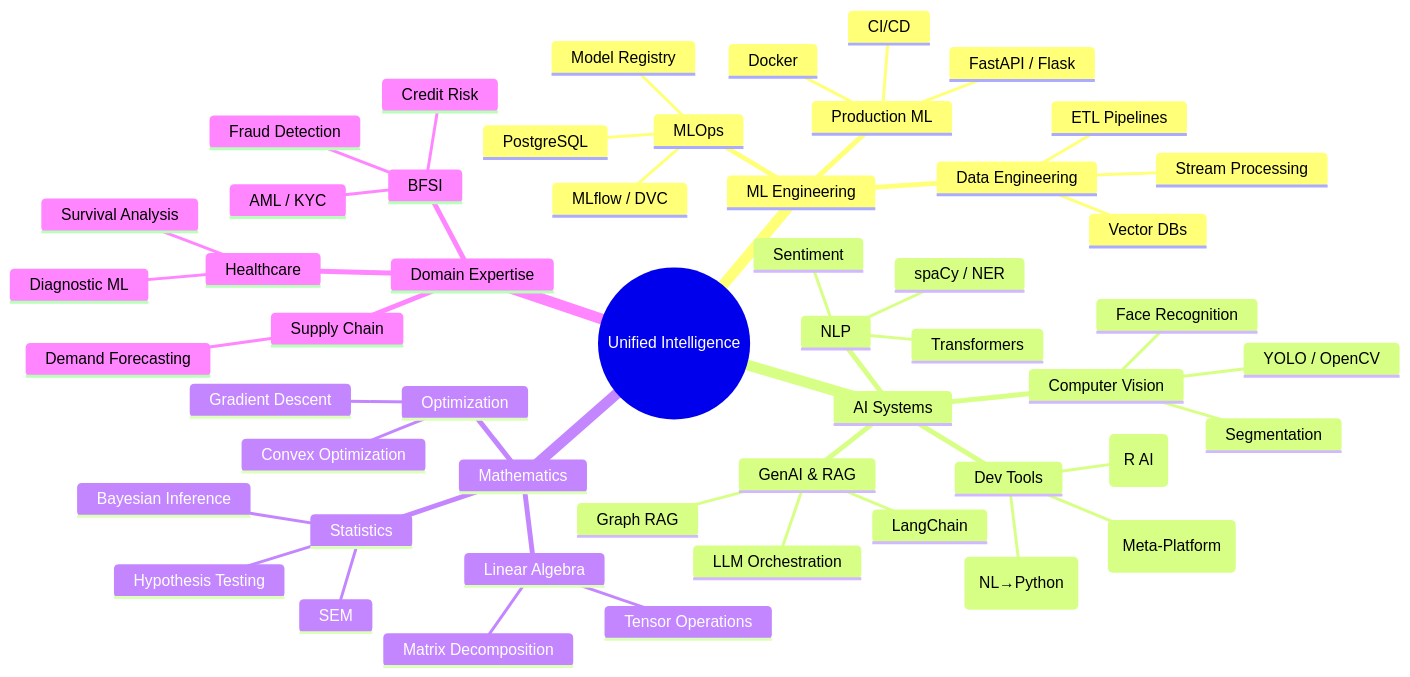
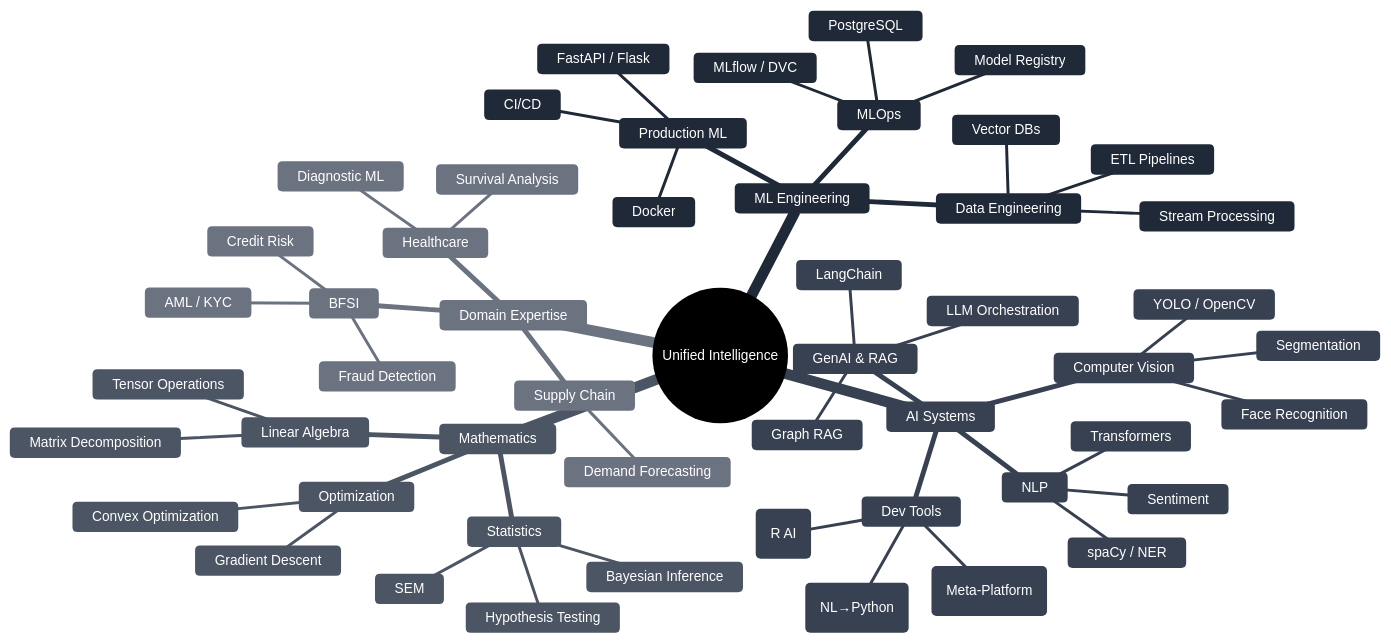
The diagram in README.md (twomathematicians-code/twomathematicians-code), drawn with Mermaid before and after one commit. The commit also changed 1 other file, not shown here.

Commit message:
feat: grayscale Mermaid mindmap theme to match monochrome design
Add Mermaid init directive with base theme + grayscale palette:
- Root: pure black (#000000) bg, white text
- Secondary nodes: dark slate (#1f2937)
- Tertiary nodes: medium gray (#374151)
- Connection lines: light gray (#9ca3af)
- cScale0-7: full grayscale ramp for branch differentiation
- Font: Inter to match the rest of the profile

````diff
--- a/README.md
+++ b/README.md
@@ -32,55 +32,56 @@
 ```mermaid
+%%{init: {'theme':'base','themeVariables': {'background':'#ffffff','mainBkg':'#000000','secondBkg':'#1f2937','tertiaryBkg':'#374151','primaryColor':'#000000','primaryTextColor':'#ffffff','primaryBorderColor':'#000000','secondaryColor':'#1f2937','secondaryTextColor':'#ffffff','tertiaryColor':'#374151','tertiaryTextColor':'#ffffff','textColor':'#1f2937','lineColor':'#9ca3af','fontFamily':'Inter,system-ui,-apple-system,sans-serif','fontSize':'14px','cScale0':'#000000','cScale1':'#1f2937','cScale2':'#374151','cScale3':'#4b5563','cScale4':'#6b7280','cScale5':'#9ca3af','cScale6':'#d1d5db','cScale7':'#e5e7eb'}}}%%
 mindmap
   root((Unified Intelligence))
     ML Engineering
       Production ML
         FastAPI / Flask
         Docker
         CI/CD
       MLOps
         MLflow / DVC
         Model Registry
         PostgreSQL
       Data Engineering
         ETL Pipelines
         Vector DBs
         Stream Processing
     AI Systems
       GenAI & RAG
         LangChain
         Graph RAG
         LLM Orchestration
       NLP
         Transformers
         spaCy / NER
         Sentiment
       Computer Vision
         YOLO / OpenCV
         Face Recognition
         Segmentation
       Dev Tools
         paix (NL→Python)
         raix (R AI)
         Archon (Meta-Platform)
     Mathematics
       Statistics
         Bayesian Inference
         Hypothesis Testing
         SEM
       Optimization
         Gradient Descent
         Convex Optimization
       Linear Algebra
         Matrix Decomposition
         Tensor Operations
     Domain Expertise
       BFSI
         Credit Risk
         Fraud Detection
         AML / KYC
       Healthcare
         Diagnostic ML
         Survival Analysis
       Supply Chain
         Demand Forecasting
 ```
````
